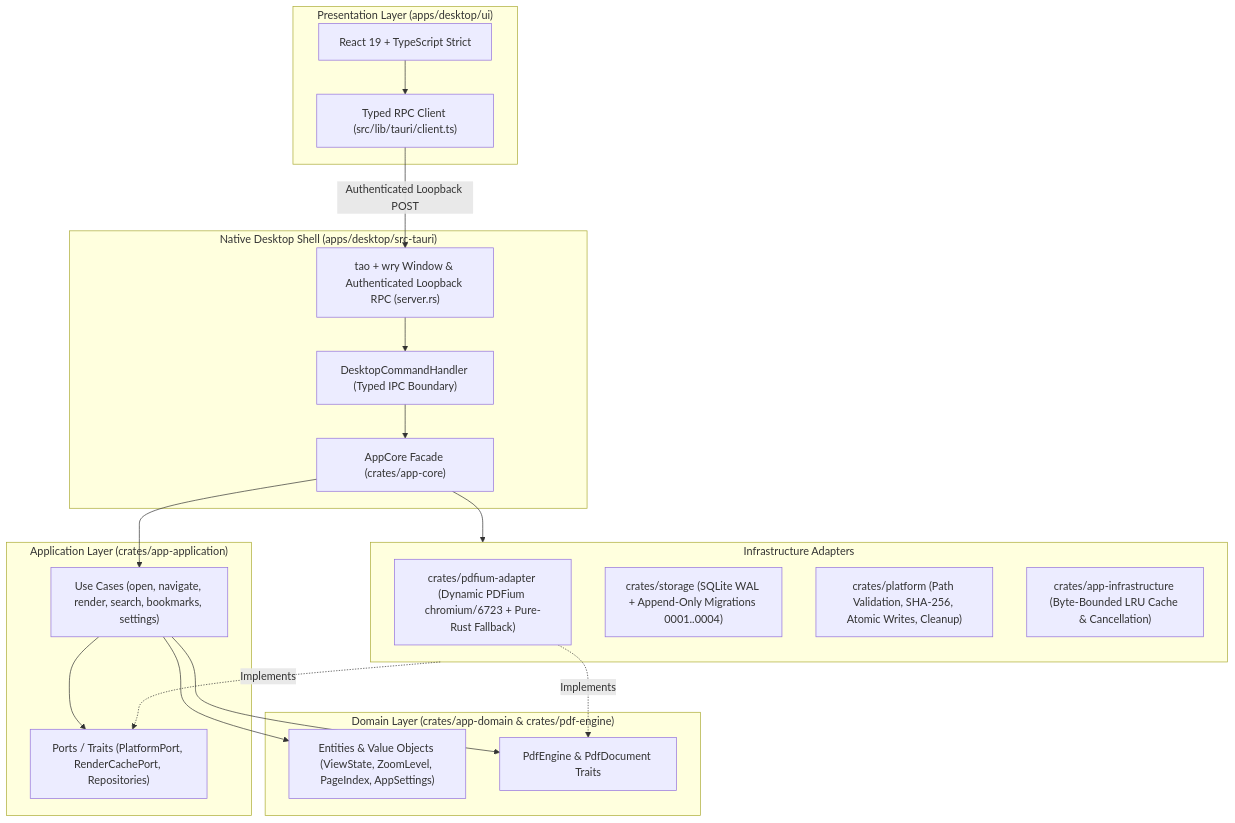
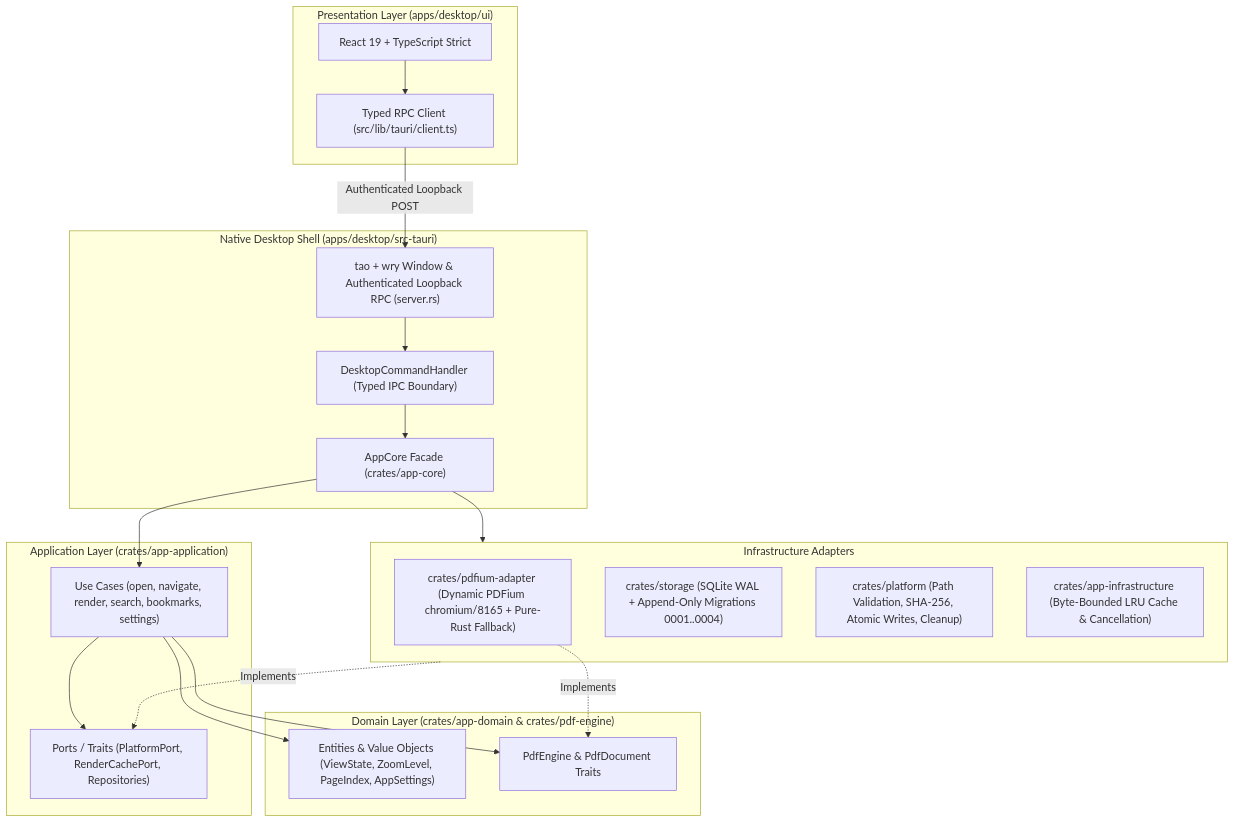
One commit to smokeInCloud060201/readora changed the diagram in README.md. Above: the diagram before and after it, drawn with Mermaid. The commit also changed other lines of this file and 12 other files, not shown here.

Commit message:
fix(release): pin verified chromium/8165 pdfium tag and emit full ISO 32000 synthetic PDFs

````diff
--- a/README.md
+++ b/README.md
@@ -57,41 +57,41 @@
 ```mermaid
 flowchart TD
     subgraph UI["Presentation Layer (apps/desktop/ui)"]
         React["React 19 + TypeScript Strict"]
         Client["Typed RPC Client (src/lib/tauri/client.ts)"]
         React --> Client
     end
 
     subgraph Shell["Native Desktop Shell (apps/desktop/src-tauri)"]
         Server["tao + wry Window & Authenticated Loopback RPC (server.rs)"]
         Commands["DesktopCommandHandler (Typed IPC Boundary)"]
         Core["AppCore Facade (crates/app-core)"]
         Server --> Commands --> Core
     end
 
     subgraph App["Application Layer (crates/app-application)"]
         UseCases["Use Cases (open, navigate, render, search, bookmarks, settings)"]
         Ports["Ports / Traits (PlatformPort, RenderCachePort, Repositories)"]
         UseCases --> Ports
     end
 
     subgraph Domain["Domain Layer (crates/app-domain & crates/pdf-engine)"]
         Models["Entities & Value Objects (ViewState, ZoomLevel, PageIndex, AppSettings)"]
         EngineTrait["PdfEngine & PdfDocument Traits"]
     end
 
     subgraph Adapters["Infrastructure Adapters"]
-        Pdfium["crates/pdfium-adapter (Dynamic PDFium chromium/6723 + Pure-Rust Fallback)"]
+        Pdfium["crates/pdfium-adapter (Dynamic PDFium chromium/8165 + Pure-Rust Fallback)"]
         Storage["crates/storage (SQLite WAL + Append-Only Migrations 0001..0004)"]
         Platform["crates/platform (Path Validation, SHA-256, Atomic Writes, Cleanup)"]
         Infra["crates/app-infrastructure (Byte-Bounded LRU Cache & Cancellation)"]
     end
 
     Client -->|Authenticated Loopback POST| Server
     Core --> UseCases
     Core --> Adapters
     UseCases --> Models
     UseCases --> EngineTrait
     Adapters -.->|Implements| Ports
     Pdfium -.->|Implements| EngineTrait
 ```
````
